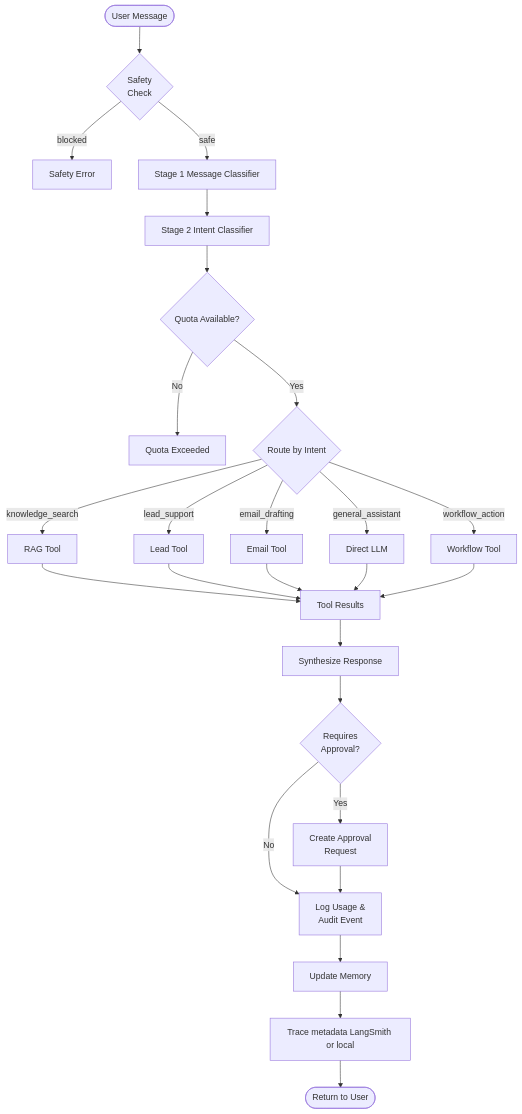
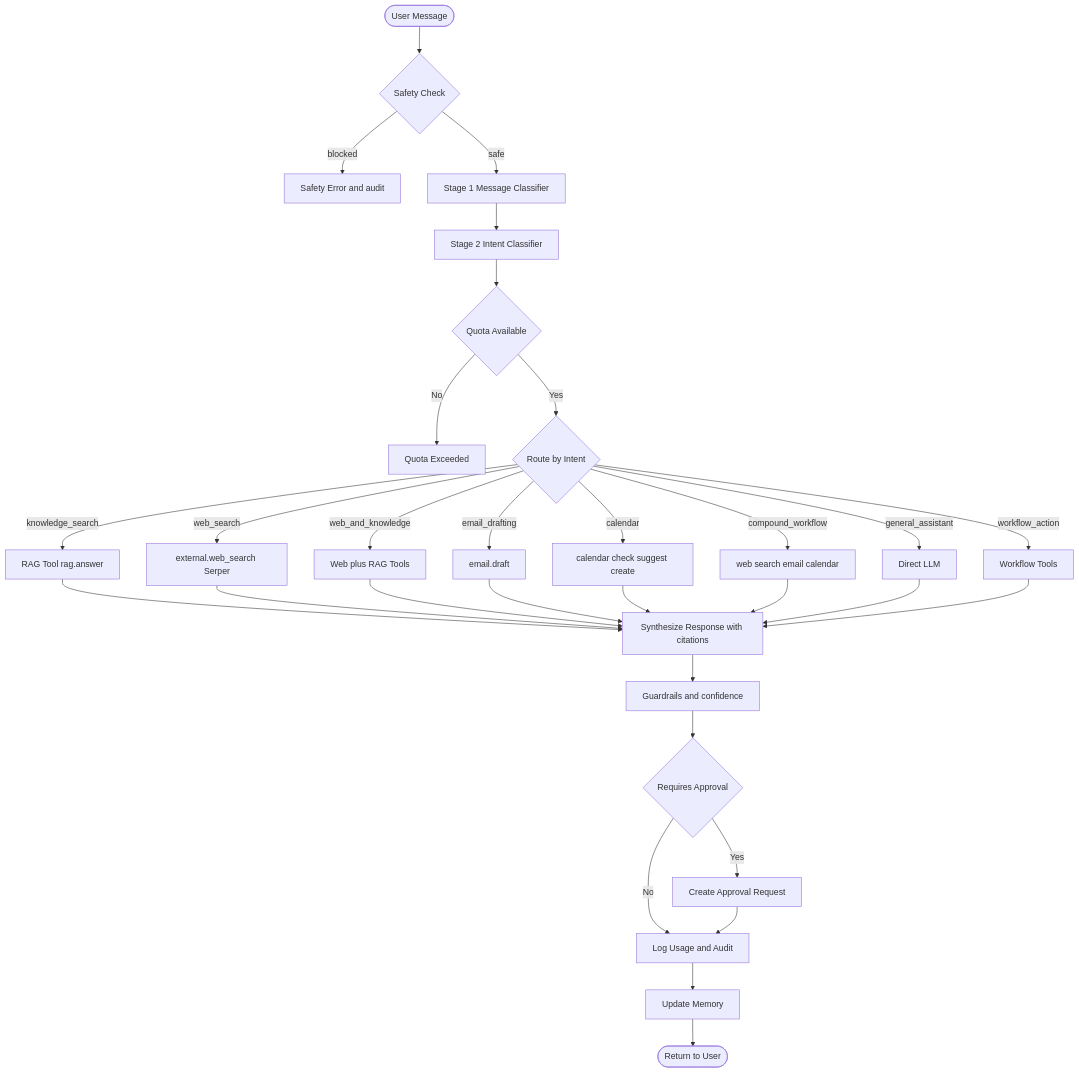
Before and after one commit to Fejjii/OnePilot-AI: the fourth of 7 diagrams in docs/architecture.md, drawn with Mermaid. The commit also changed other lines of this file and 100 other files, not shown here.

````diff
--- a/docs/architecture.md
+++ b/docs/architecture.md
@@ -161,33 +140,36 @@
 ```mermaid
 flowchart TD
-    Start([User Message]) --> Safety{Safety<br/>Check}
-    Safety -->|blocked| SafetyError[Safety Error]
-    Safety -->|safe| MessageClass["Stage 1 Message Classifier"]
-    MessageClass --> IntentClassifier["Stage 2 Intent Classifier"]
-    IntentClassifier --> QuotaCheck{"Quota Available?"}
+    Start([User Message]) --> Safety{Safety Check}
+    Safety -->|blocked| SafetyError[Safety Error and audit]
+    Safety -->|safe| MessageClass[Stage 1 Message Classifier]
+    MessageClass --> IntentClassifier[Stage 2 Intent Classifier]
+    IntentClassifier --> QuotaCheck{Quota Available}
     QuotaCheck -->|No| QuotaError[Quota Exceeded]
     QuotaCheck -->|Yes| Route{Route by Intent}
-    
-    Route -->|knowledge_search| RAG["RAG Tool"]
-    Route -->|lead_support| LeadTool["Lead Tool"]
-    Route -->|email_drafting| EmailTool["Email Tool"]
-    Route -->|general_assistant| LLM["Direct LLM"]
-    Route -->|workflow_action| WorkflowTool["Workflow Tool"]
-    
-    RAG --> ToolResult["Tool Results"]
-    LeadTool --> ToolResult
-    EmailTool --> ToolResult
-    LLM --> ToolResult
-    WorkflowTool --> ToolResult
-    
-    ToolResult --> Synthesize["Synthesize Response"]
-    Synthesize --> ApprovalCheck{"Requires<br/>Approval?"}
-    
-    ApprovalCheck -->|Yes| CreateApproval["Create Approval<br/>Request"]
-    ApprovalCheck -->|No| LogUsage["Log Usage &<br/>Audit Event"]
+
+    Route -->|knowledge_search| RAG[RAG Tool rag.answer]
+    Route -->|web_search| WebTool[external.web_search Serper]
+    Route -->|web_and_knowledge| WebRAG[Web plus RAG Tools]
+    Route -->|email_drafting| EmailTool[email.draft]
+    Route -->|calendar| CalTool[calendar check suggest create]
+    Route -->|compound_workflow| Compound[web search email calendar]
+    Route -->|general_assistant| LLM[Direct LLM]
+    Route -->|workflow_action| WorkflowTool[Workflow Tools]
+
+    RAG --> Synthesize[Synthesize Response with citations]
+    WebTool --> Synthesize
+    WebRAG --> Synthesize
+    EmailTool --> Synthesize
+    CalTool --> Synthesize
+    Compound --> Synthesize
+    LLM --> Synthesize
+    WorkflowTool --> Synthesize
+
+    Synthesize --> Guardrails[Guardrails and confidence]
+    Guardrails --> ApprovalCheck{Requires Approval}
+    ApprovalCheck -->|Yes| CreateApproval[Create Approval Request]
+    ApprovalCheck -->|No| LogUsage[Log Usage and Audit]
     CreateApproval --> LogUsage
-    
-    LogUsage --> UpdateMemory["Update Memory"]
-    UpdateMemory --> TraceMeta["Trace metadata LangSmith or local"]
-    TraceMeta --> Done([Return to User])
+    LogUsage --> UpdateMemory[Update Memory]
+    UpdateMemory --> Done([Return to User])
 ```
````
